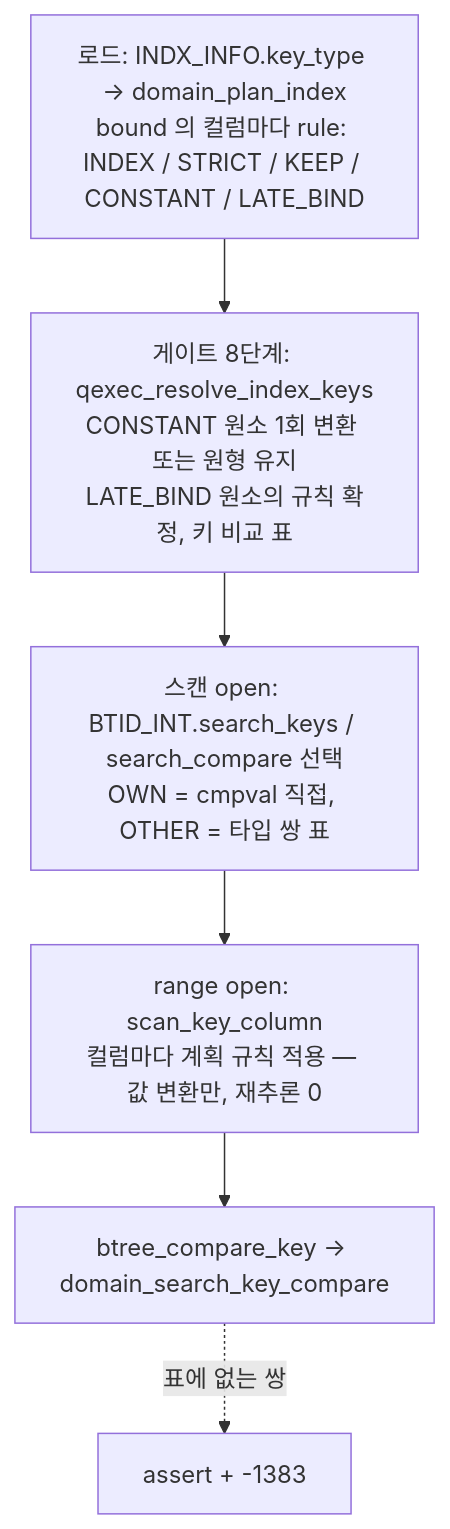
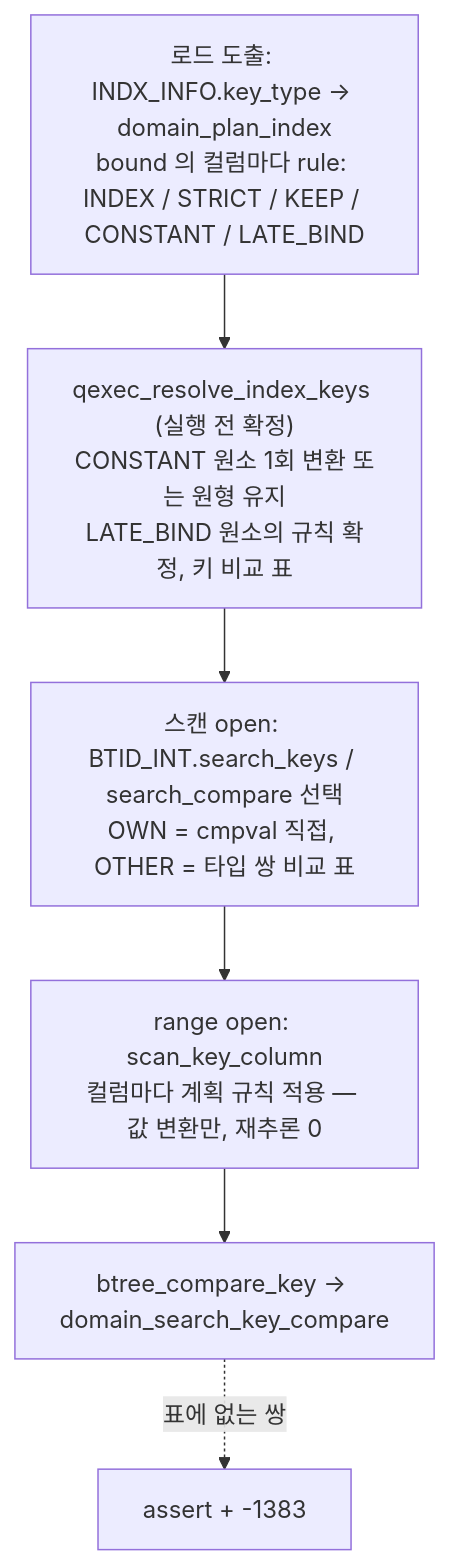
Diagram 16 of 20 in docs/research/pr8022-architecture-diagrams.md (xmilex-git/workspace), drawn with Mermaid before and after one commit. The commit also changed other lines of this file, not shown here.

First line of the commit message:
docs: PR 8022 diagrams in the CONTEXT.md vocabulary

````diff
--- a/docs/research/pr8022-architecture-diagrams.md
+++ b/docs/research/pr8022-architecture-diagrams.md
@@ -348,8 +348,8 @@
 ```mermaid
 flowchart TB
-  L["로드: INDX_INFO.key_type → domain_plan_index<br/>bound 의 컬럼마다 rule: INDEX / STRICT / KEEP / CONSTANT / LATE_BIND"] --> G["게이트 8단계: qexec_resolve_index_keys<br/>CONSTANT 원소 1회 변환 또는 원형 유지<br/>LATE_BIND 원소의 규칙 확정, 키 비교 표"]
-  G --> SO["스캔 open: BTID_INT.search_keys / search_compare 선택<br/>OWN = cmpval 직접, OTHER = 타입 쌍 표"]
+  L["로드 도출: INDX_INFO.key_type → domain_plan_index<br/>bound 의 컬럼마다 rule: INDEX / STRICT / KEEP / CONSTANT / LATE_BIND"] --> G["qexec_resolve_index_keys (실행 전 확정)<br/>CONSTANT 원소 1회 변환 또는 원형 유지<br/>LATE_BIND 원소의 규칙 확정, 키 비교 표"]
+  G --> SO["스캔 open: BTID_INT.search_keys / search_compare 선택<br/>OWN = cmpval 직접, OTHER = 타입 쌍 비교 표"]
   SO --> RO["range open: scan_key_column<br/>컬럼마다 계획 규칙 적용 — 값 변환만, 재추론 0"]
   RO --> BT["btree_compare_key → domain_search_key_compare"]
   BT -. "표에 없는 쌍" .-> B["assert + -1383"]
 ```
````
